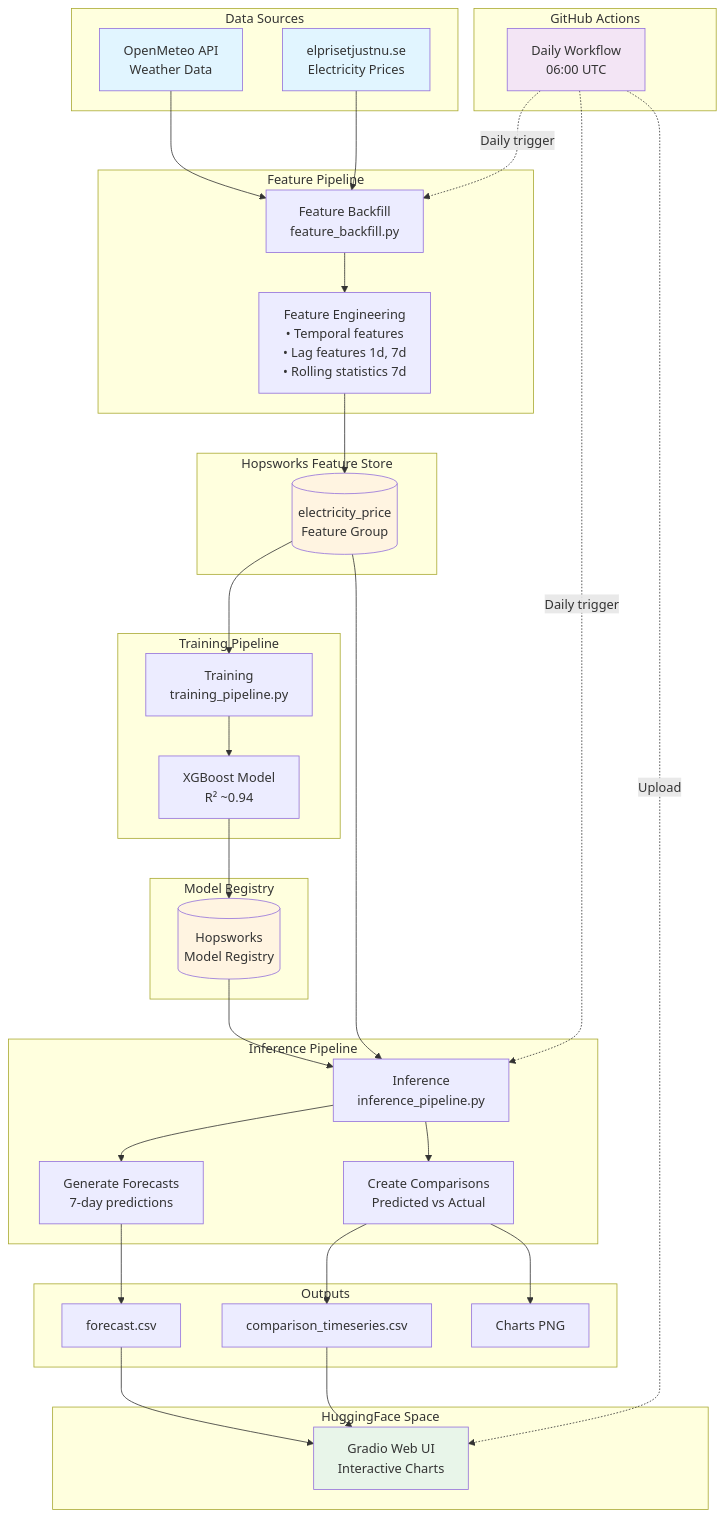
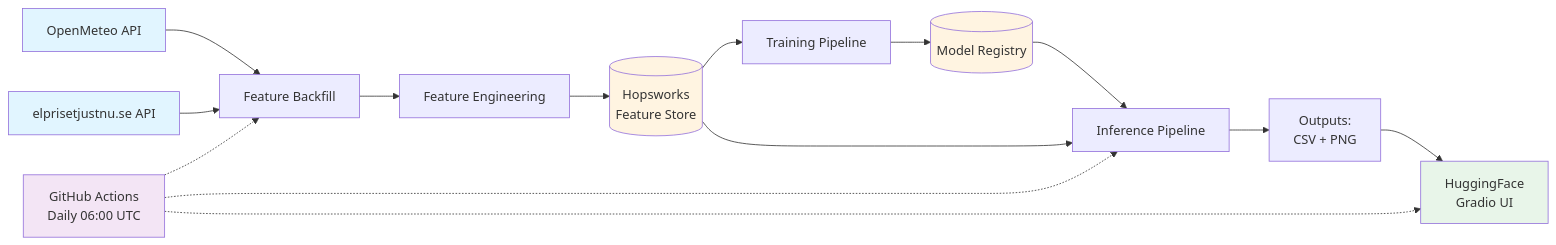
The diagram in README.md (E4Sell/sml_project), drawn with Mermaid before and after one commit. The commit also changed other lines of this file, not shown here.

````diff
--- a/README.md
+++ b/README.md
@@ -24,72 +15,23 @@
 ```mermaid
-graph TB
-    subgraph "Data Sources"
-        A1[OpenMeteo API<br/>Weather Data]
-        A2[elprisetjustnu.se<br/>Electricity Prices]
-    end
-
-    subgraph "Feature Pipeline"
-        B1[Feature Backfill<br/>feature_backfill.py]
-        B2[Feature Engineering<br/>• Temporal features<br/>• Lag features 1d, 7d<br/>• Rolling statistics 7d]
-    end
-
-    subgraph "Hopsworks Feature Store"
-        C1[(electricity_price<br/>Feature Group)]
-    end
-
-    subgraph "Training Pipeline"
-        D1[Training<br/>training_pipeline.py]
-        D2[XGBoost Model<br/>R² ~0.94]
-    end
-
-    subgraph "Model Registry"
-        E1[(Hopsworks<br/>Model Registry)]
-    end
-
-    subgraph "Inference Pipeline"
-        F1[Inference<br/>inference_pipeline.py]
-        F2[Generate Forecasts<br/>7-day predictions]
-        F3[Create Comparisons<br/>Predicted vs Actual]
-    end
-
-    subgraph "Outputs"
-        G1[forecast.csv]
-        G2[comparison_timeseries.csv]
-        G3[Charts PNG]
-    end
-
-    subgraph "GitHub Actions"
-        H1[Daily Workflow<br/>06:00 UTC]
-    end
-
-    subgraph "HuggingFace Space"
-        I1[Gradio Web UI<br/>Interactive Charts]
-    end
-
-    A1 --> B1
-    A2 --> B1
-    B1 --> B2
-    B2 --> C1
-    C1 --> D1
-    D1 --> D2
-    D2 --> E1
-    E1 --> F1
+graph LR
+    A1[OpenMeteo API] --> B1[Feature Backfill]
+    A2[elprisetjustnu.se API] --> B1
+    B1 --> B2[Feature Engineering]
+    B2 --> C1[(Hopsworks<br/>Feature Store)]
+    C1 --> D1[Training Pipeline]
+    D1 --> E1[(Model Registry)]
+    E1 --> F1[Inference Pipeline]
     C1 --> F1
-    F1 --> F2
-    F1 --> F3
-    F2 --> G1
-    F3 --> G2
-    F3 --> G3
-    G1 --> I1
-    G2 --> I1
-    H1 -.Daily trigger.-> B1
-    H1 -.Daily trigger.-> F1
-    H1 -.Upload.-> I1
+    F1 --> G1[Outputs:<br/>CSV + PNG]
+    G1 --> I1[HuggingFace<br/>Gradio UI]
+    H1[GitHub Actions<br/>Daily 06:00 UTC] -.-> B1
+    H1 -.-> F1
+    H1 -.-> I1
 
     style A1 fill:#e1f5ff
     style A2 fill:#e1f5ff
     style C1 fill:#fff4e1
     style E1 fill:#fff4e1
     style I1 fill:#e8f5e9
     style H1 fill:#f3e5f5
 ```
````
